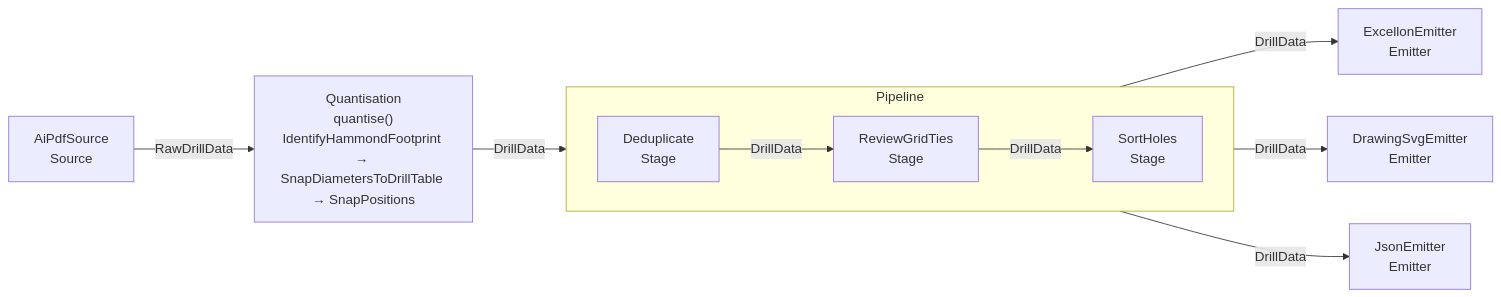
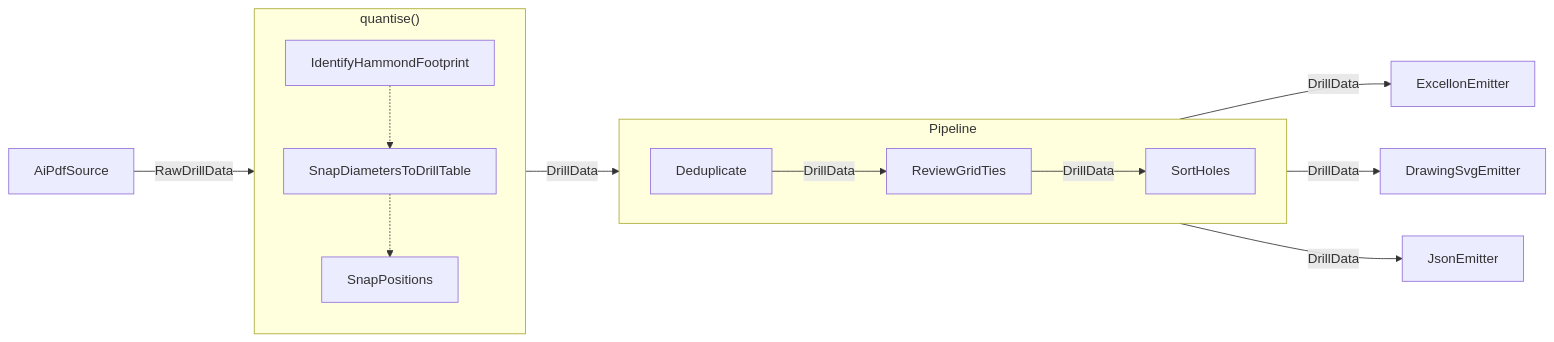
One commit to sheophe/stompcad changed the diagram in docs/superpowers/specs/2026-08-16-adr-rework-design.md. Above: the diagram before and after it, drawn with Mermaid.

Commit message:
docs: distinguish ordering from data flow

````diff
--- a/docs/superpowers/specs/2026-08-16-adr-rework-design.md
+++ b/docs/superpowers/specs/2026-08-16-adr-rework-design.md
@@ -77,24 +77,32 @@
 ```mermaid
 flowchart LR
-    source["AiPdfSource<br/>Source"]
-    quantise["Quantisation<br/>quantise()<br/>IdentifyHammondFootprint → SnapDiametersToDrillTable → SnapPositions"]
+    source["AiPdfSource"]
+  
+    subgraph quantise["quantise()"]
+        direction TB
+        footprint["IdentifyHammondFootprint"]
+        snap_drill["SnapDiametersToDrillTable"]
+        snap_position["SnapPositions"]
+        footprint -.-> snap_drill
+        snap_drill -.-> snap_position
+    end
 
     subgraph pipeline["Pipeline"]
         direction LR
-        dedupe["Deduplicate<br/>Stage"]
-        ties["ReviewGridTies<br/>Stage"]
-        sort["SortHoles<br/>Stage"]
+        dedupe["Deduplicate"]
+        ties["ReviewGridTies"]
+        sort["SortHoles"]
         dedupe -->|DrillData| ties
         ties -->|DrillData| sort
     end
 
-    excellon["ExcellonEmitter<br/>Emitter"]
-    drawing["DrawingSvgEmitter<br/>Emitter"]
-    json["JsonEmitter<br/>Emitter"]
+    excellon["ExcellonEmitter"]
+    drawing["DrawingSvgEmitter"]
+    json["JsonEmitter"]
 
     source -->|RawDrillData| quantise
     quantise -->|DrillData| dedupe
     sort -->|DrillData| excellon
     sort -->|DrillData| drawing
     sort -->|DrillData| json
 ```
````
